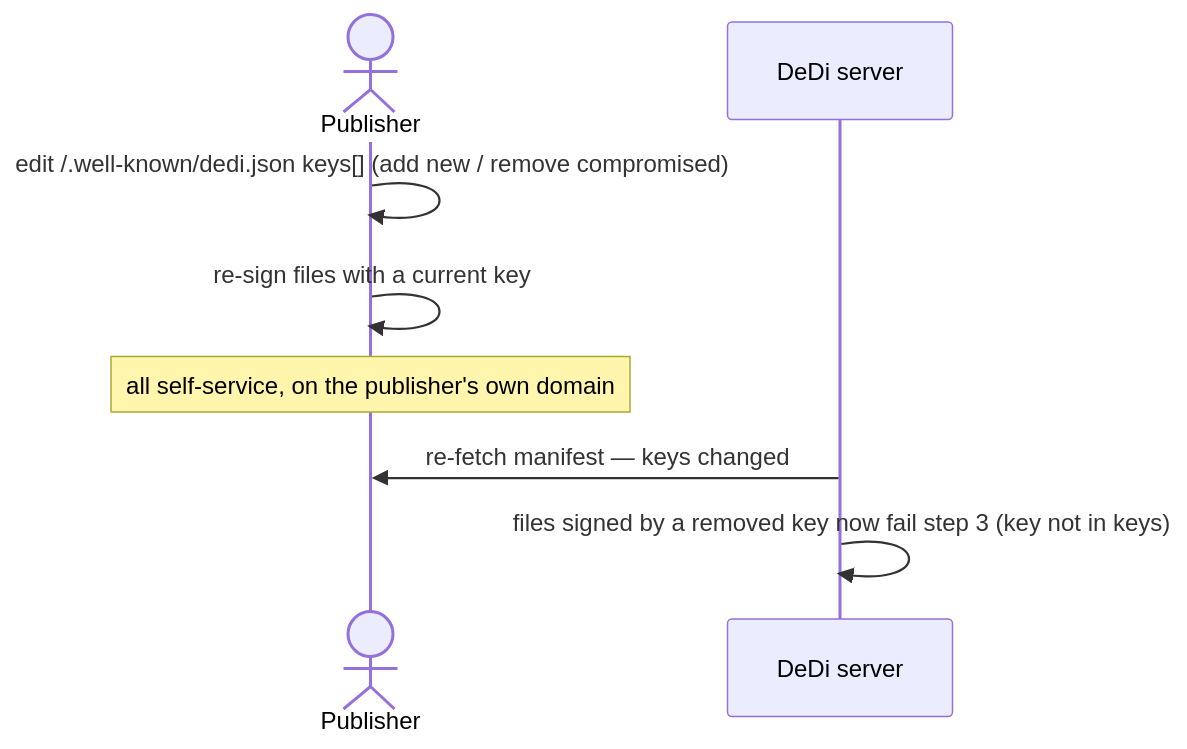
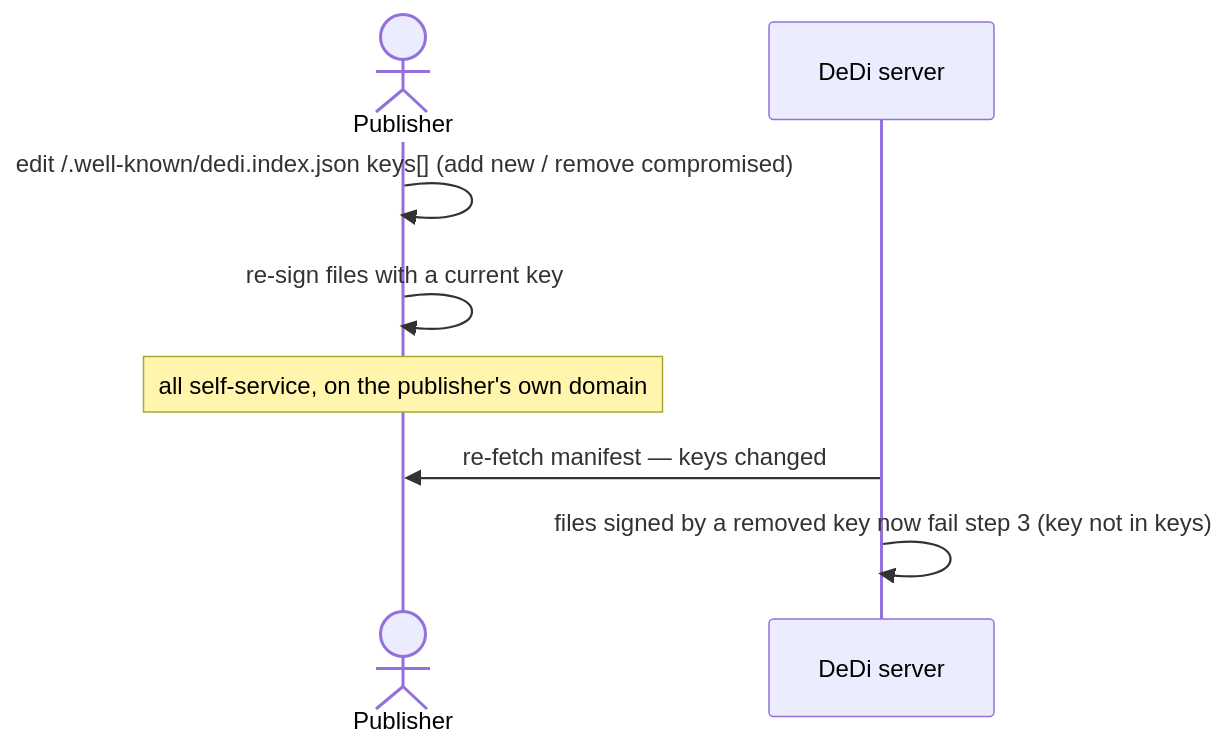
One commit to nfh-trust-labs/DeDi changed the third of 6 diagrams in docs/publishing-dedi-files.md. Above: the diagram before and after it, drawn with Mermaid. The commit also changed other lines of this file and 9 other files, not shown here.

First line of the commit message:
Prefix naming: dedi.index.json manifest, dedi.<registry>.json files; partitioned discovery list

````diff
--- a/docs/publishing-dedi-files.md
+++ b/docs/publishing-dedi-files.md
@@ -491,10 +504,10 @@
 ```mermaid
 sequenceDiagram
     actor P as Publisher
     participant S as DeDi server
-    P->>P: edit /.well-known/dedi.json keys[] (add new / remove compromised)
+    P->>P: edit /.well-known/dedi.index.json keys[] (add new / remove compromised)
     P->>P: re-sign files with a current key
     Note over P: all self-service, on the publisher's own domain
     S->>P: re-fetch manifest — keys changed
     S->>S: files signed by a removed key now fail step 3 (key not in keys)
 ```
````
